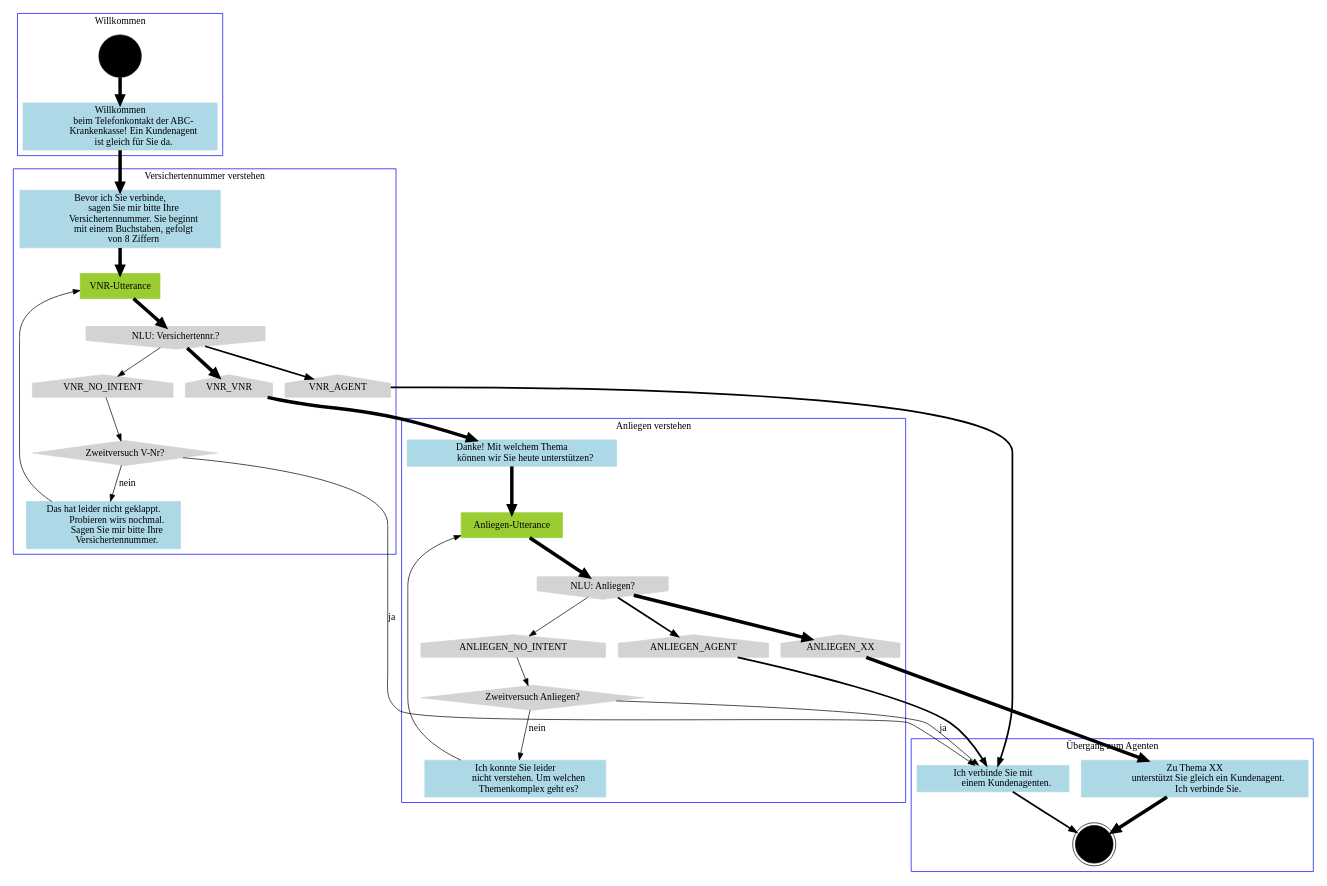
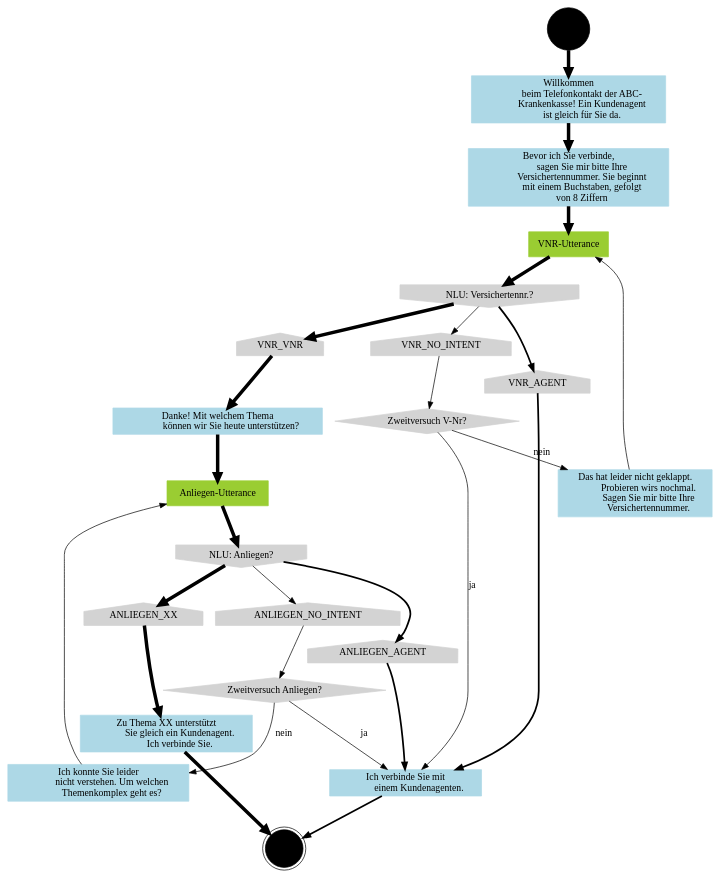
Before and after one commit to BrianInGermany/BrianInGermany.github.io: the diagram in assets/flow_arterial.dot, drawn with Graphviz. The commit also changed 4 other files, not shown here.

```diff
--- a/assets/flow_arterial.dot
+++ b/assets/flow_arterial.dot
@@ -1,137 +1,96 @@
 digraph tel_flow {
-    // define font for subgraph headings
-    graph[fontname="Trebuchet MS"]
+    
 // NODE DEFINITIONS
     // start nodes
     // this definition also includes graph-wide definitions for filling and font
     node[style=filled,shape=circle,color=black,fontname="Trebuchet MS"]
         start[shape=circle,color=black]
 
     // end nodes
-    node[style=filled,shape=doublecircle,color=black]
+    node[shape=doublecircle,color=black]
         end[shape=doublecircle,color=black]
 
     // prompt nodes
-    node[style=filled,shape=box,color=lightblue]
+    node[shape=box,color=lightblue]
         prompt_welcome[label="Willkommen
             beim Telefonkontakt der ABC-
             Krankenkasse! Ein Kundenagent 
             ist gleich für Sie da."]
         prompt_vnr[label="Bevor ich Sie verbinde,
             sagen Sie mir bitte Ihre
             Versichertennummer. Sie beginnt 
             mit einem Buchstaben, gefolgt
             von 8 Ziffern"]
         prompt_vnr_fail[label="Das hat leider nicht geklappt. 
             Probieren wirs nochmal.
             Sagen Sie mir bitte Ihre
             Versichertennummer."]
         prompt_vnr_success[label="Danke! Mit welchem Thema 
             können wir Sie heute unterstützen?"]
-        prompt_anliegen_success[label="Zu Thema XX
-            unterstützt Sie gleich ein Kundenagent.
+        prompt_anliegen_success[label="Zu Thema XX unterstützt 
+            Sie gleich ein Kundenagent.
             Ich verbinde Sie."]
         prompt_connect_agent[label="Ich verbinde Sie mit
             einem Kundenagenten."]  
         prompt_nicht_verstanden_anliegen[label="Ich konnte Sie leider
             nicht verstehen. Um welchen 
             Themenkomplex geht es?"]
 
     // utterance nodes
-    node[style=filled,shape=box,color=yellowgreen]
+    node[shape=box,color=yellowgreen]
         utterance_vnr[label="VNR-Utterance"]
         utterance_anliegen[label="Anliegen-Utterance"]
 
     // nlu nodes
-    node[style=filled,shape=invhouse,color=lightgray]
+    node[shape=invhouse,color=lightgray]
         nlu_vnr[label="NLU: Versichertennr.?"]
         nlu_anliegen[label="NLU: Anliegen?"]
 
     // intent nodes
-    node[style=filled,shape=house,color=lightgray]
+    node[shape=house,color=lightgray]
         intent_vnr_no_intent[label="VNR_NO_INTENT"]
         intent_vnr_agent[label="VNR_AGENT"]
         intent_vnr_vnr[label="VNR_VNR"]
         intent_anliegen_no_intent[label="ANLIEGEN_NO_INTENT"]
         intent_anliegen_agent[label="ANLIEGEN_AGENT"]
         intent_anliegen_xx[label="ANLIEGEN_XX"]
     
     // logic nodes
-    node[style=filled,shape=diamond,color=lightgray]  
+    node[shape=diamond,color=lightgray]  
         logic_zweitversuch_vnr[label="Zweitversuch V-Nr?"]
         logic_zweitversuch_anliegen[label="Zweitversuch Anliegen?"]
 
 // SUBGRAPH AND CONNECTION DEFINITIONS
-
-subgraph cluster_welcome {
-    label = "Willkommen"
-    color = blue
     edge[penwidth=5]
     start -> prompt_welcome
-
-}
-
-subgraph cluster_vnr {
-    label = "Versichertennummer verstehen"
-    color = blue
-    edge[penwidth=5]
     prompt_welcome -> prompt_vnr
     prompt_vnr -> utterance_vnr
     utterance_vnr -> nlu_vnr
     nlu_vnr -> intent_vnr_vnr
+    intent_vnr_vnr -> prompt_vnr_success
+    prompt_vnr_success -> utterance_anliegen
+    utterance_anliegen -> nlu_anliegen
+    nlu_anliegen -> intent_anliegen_xx
+    intent_anliegen_xx -> prompt_anliegen_success
+    prompt_anliegen_success -> end
+
     edge[penwidth=2.5]
     nlu_vnr -> intent_vnr_agent
+    intent_vnr_agent -> prompt_connect_agent
+    prompt_connect_agent -> end
+    nlu_anliegen -> intent_anliegen_agent
+    intent_anliegen_agent -> prompt_connect_agent
+
     edge[penwidth=1]
-    
-    
-    
-    
     nlu_vnr -> intent_vnr_no_intent
     intent_vnr_no_intent -> logic_zweitversuch_vnr
     logic_zweitversuch_vnr -> prompt_vnr_fail [label="nein",fontname="Trebuchet MS"]
     prompt_vnr_fail -> utterance_vnr
-
-}
-    
-
-subgraph cluster_anliegen {
-    label = "Anliegen verstehen"
-    color = blue
-    edge[penwidth=5]
-    intent_vnr_vnr -> prompt_vnr_success
-    prompt_vnr_success -> utterance_anliegen
-    utterance_anliegen -> nlu_anliegen
-    nlu_anliegen -> intent_anliegen_xx
-
-
-    edge[penwidth=2.5]
-    nlu_anliegen -> intent_anliegen_agent
-
-    edge[penwidth=1]
     nlu_anliegen -> intent_anliegen_no_intent
     intent_anliegen_no_intent -> logic_zweitversuch_anliegen
     logic_zweitversuch_anliegen -> prompt_nicht_verstanden_anliegen [label="nein",fontname="Trebuchet MS"]
     prompt_nicht_verstanden_anliegen -> utterance_anliegen
-    
-
-
-
-}
-subgraph cluster_to_agent {
-    label = "Übergang zum Agenten"
-    color = blue
-    edge[penwidth=5]
-    intent_anliegen_xx -> prompt_anliegen_success
-    prompt_anliegen_success -> end
-    edge[penwidth=2.5]
-    intent_anliegen_agent -> prompt_connect_agent
-    intent_vnr_agent -> prompt_connect_agent
-    prompt_connect_agent -> end
-    edge[penwidth=1]
     logic_zweitversuch_vnr -> prompt_connect_agent [label="ja",fontname="Trebuchet MS"]
     logic_zweitversuch_anliegen -> prompt_connect_agent [label="ja",fontname="Trebuchet MS"]
 
-
 }
-
-}
```
